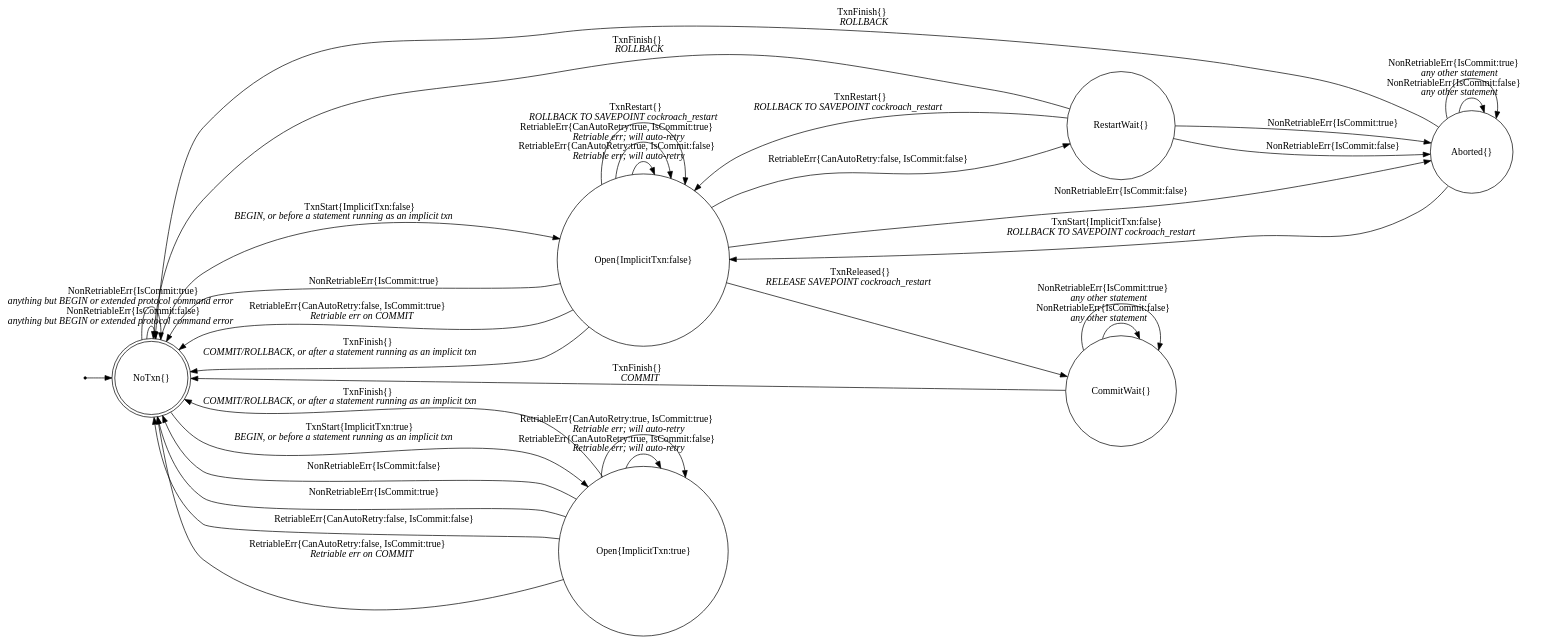
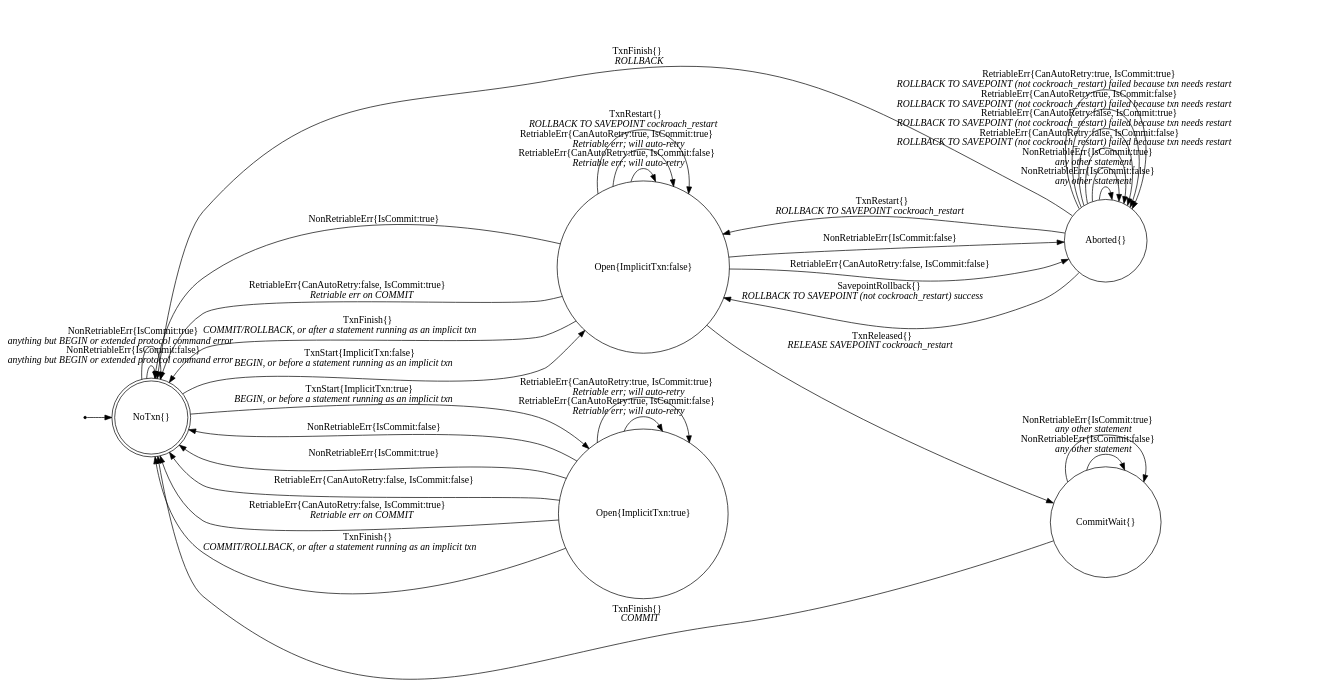
The diagram in pkg/sql/txnstatetransitions_diagram.gv (cockroachdb/cockroach), drawn with Graphviz before and after one commit. The commit also changed 40 other files, not shown here.

```diff
--- a/pkg/sql/txnstatetransitions_diagram.gv
+++ b/pkg/sql/txnstatetransitions_diagram.gv
@@ -1,47 +1,48 @@
 // Code generated by "../util/fsm/gen/reports.sh TxnStateTransitions stateNoTxn"; DO NOT EDIT.
 // To generate a .png file, run:
 // brew install cairo pango
 // brew install graphviz --with-pango
 // dot -Tpng txnstatetransitions_diagram.gv -o txnstatetransitions_diagram.png".
 
 // The Pango/Cairo renderer is needed for rendering our HTML labels.
 digraph finite_state_machine {
 	rankdir=LR;
 
 	node [shape = doublecircle]; "NoTxn{}";
 	node [shape = point ]; qi
 	qi -> "NoTxn{}";
 
 	node [shape = circle];
 	"Aborted{}" -> "Aborted{}" [label = <NonRetriableErr{IsCommit:false}<BR/><I>any other statement</I>>]
 	"Aborted{}" -> "Aborted{}" [label = <NonRetriableErr{IsCommit:true}<BR/><I>any other statement</I>>]
+	"Aborted{}" -> "Aborted{}" [label = <RetriableErr{CanAutoRetry:false, IsCommit:false}<BR/><I>ROLLBACK TO SAVEPOINT (not cockroach_restart) failed because txn needs restart</I>>]
+	"Aborted{}" -> "Aborted{}" [label = <RetriableErr{CanAutoRetry:false, IsCommit:true}<BR/><I>ROLLBACK TO SAVEPOINT (not cockroach_restart) failed because txn needs restart</I>>]
+	"Aborted{}" -> "Aborted{}" [label = <RetriableErr{CanAutoRetry:true, IsCommit:false}<BR/><I>ROLLBACK TO SAVEPOINT (not cockroach_restart) failed because txn needs restart</I>>]
+	"Aborted{}" -> "Aborted{}" [label = <RetriableErr{CanAutoRetry:true, IsCommit:true}<BR/><I>ROLLBACK TO SAVEPOINT (not cockroach_restart) failed because txn needs restart</I>>]
+	"Aborted{}" -> "Open{ImplicitTxn:false}" [label = <SavepointRollback{}<BR/><I>ROLLBACK TO SAVEPOINT (not cockroach_restart) success</I>>]
 	"Aborted{}" -> "NoTxn{}" [label = <TxnFinish{}<BR/><I>ROLLBACK</I>>]
-	"Aborted{}" -> "Open{ImplicitTxn:false}" [label = <TxnStart{ImplicitTxn:false}<BR/><I>ROLLBACK TO SAVEPOINT cockroach_restart</I>>]
+	"Aborted{}" -> "Open{ImplicitTxn:false}" [label = <TxnRestart{}<BR/><I>ROLLBACK TO SAVEPOINT cockroach_restart</I>>]
 	"CommitWait{}" -> "CommitWait{}" [label = <NonRetriableErr{IsCommit:false}<BR/><I>any other statement</I>>]
 	"CommitWait{}" -> "CommitWait{}" [label = <NonRetriableErr{IsCommit:true}<BR/><I>any other statement</I>>]
 	"CommitWait{}" -> "NoTxn{}" [label = <TxnFinish{}<BR/><I>COMMIT</I>>]
 	"NoTxn{}" -> "NoTxn{}" [label = <NonRetriableErr{IsCommit:false}<BR/><I>anything but BEGIN or extended protocol command error</I>>]
 	"NoTxn{}" -> "NoTxn{}" [label = <NonRetriableErr{IsCommit:true}<BR/><I>anything but BEGIN or extended protocol command error</I>>]
 	"NoTxn{}" -> "Open{ImplicitTxn:false}" [label = <TxnStart{ImplicitTxn:false}<BR/><I>BEGIN, or before a statement running as an implicit txn</I>>]
 	"NoTxn{}" -> "Open{ImplicitTxn:true}" [label = <TxnStart{ImplicitTxn:true}<BR/><I>BEGIN, or before a statement running as an implicit txn</I>>]
 	"Open{ImplicitTxn:false}" -> "Aborted{}" [label = "NonRetriableErr{IsCommit:false}"]
 	"Open{ImplicitTxn:false}" -> "NoTxn{}" [label = "NonRetriableErr{IsCommit:true}"]
-	"Open{ImplicitTxn:false}" -> "RestartWait{}" [label = "RetriableErr{CanAutoRetry:false, IsCommit:false}"]
+	"Open{ImplicitTxn:false}" -> "Aborted{}" [label = "RetriableErr{CanAutoRetry:false, IsCommit:false}"]
 	"Open{ImplicitTxn:false}" -> "NoTxn{}" [label = <RetriableErr{CanAutoRetry:false, IsCommit:true}<BR/><I>Retriable err on COMMIT</I>>]
 	"Open{ImplicitTxn:false}" -> "Open{ImplicitTxn:false}" [label = <RetriableErr{CanAutoRetry:true, IsCommit:false}<BR/><I>Retriable err; will auto-retry</I>>]
 	"Open{ImplicitTxn:false}" -> "Open{ImplicitTxn:false}" [label = <RetriableErr{CanAutoRetry:true, IsCommit:true}<BR/><I>Retriable err; will auto-retry</I>>]
 	"Open{ImplicitTxn:false}" -> "NoTxn{}" [label = <TxnFinish{}<BR/><I>COMMIT/ROLLBACK, or after a statement running as an implicit txn</I>>]
 	"Open{ImplicitTxn:false}" -> "CommitWait{}" [label = <TxnReleased{}<BR/><I>RELEASE SAVEPOINT cockroach_restart</I>>]
 	"Open{ImplicitTxn:false}" -> "Open{ImplicitTxn:false}" [label = <TxnRestart{}<BR/><I>ROLLBACK TO SAVEPOINT cockroach_restart</I>>]
 	"Open{ImplicitTxn:true}" -> "NoTxn{}" [label = "NonRetriableErr{IsCommit:false}"]
 	"Open{ImplicitTxn:true}" -> "NoTxn{}" [label = "NonRetriableErr{IsCommit:true}"]
 	"Open{ImplicitTxn:true}" -> "NoTxn{}" [label = "RetriableErr{CanAutoRetry:false, IsCommit:false}"]
 	"Open{ImplicitTxn:true}" -> "NoTxn{}" [label = <RetriableErr{CanAutoRetry:false, IsCommit:true}<BR/><I>Retriable err on COMMIT</I>>]
 	"Open{ImplicitTxn:true}" -> "Open{ImplicitTxn:true}" [label = <RetriableErr{CanAutoRetry:true, IsCommit:false}<BR/><I>Retriable err; will auto-retry</I>>]
 	"Open{ImplicitTxn:true}" -> "Open{ImplicitTxn:true}" [label = <RetriableErr{CanAutoRetry:true, IsCommit:true}<BR/><I>Retriable err; will auto-retry</I>>]
 	"Open{ImplicitTxn:true}" -> "NoTxn{}" [label = <TxnFinish{}<BR/><I>COMMIT/ROLLBACK, or after a statement running as an implicit txn</I>>]
-	"RestartWait{}" -> "Aborted{}" [label = "NonRetriableErr{IsCommit:false}"]
-	"RestartWait{}" -> "Aborted{}" [label = "NonRetriableErr{IsCommit:true}"]
-	"RestartWait{}" -> "NoTxn{}" [label = <TxnFinish{}<BR/><I>ROLLBACK</I>>]
-	"RestartWait{}" -> "Open{ImplicitTxn:false}" [label = <TxnRestart{}<BR/><I>ROLLBACK TO SAVEPOINT cockroach_restart</I>>]
 }
```
